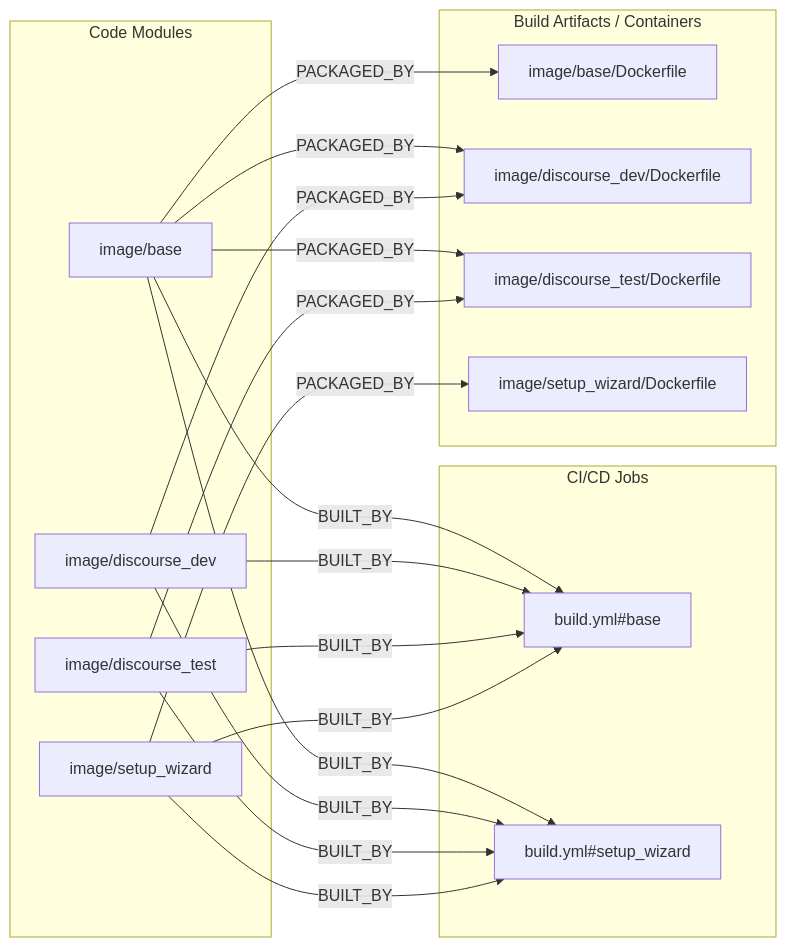
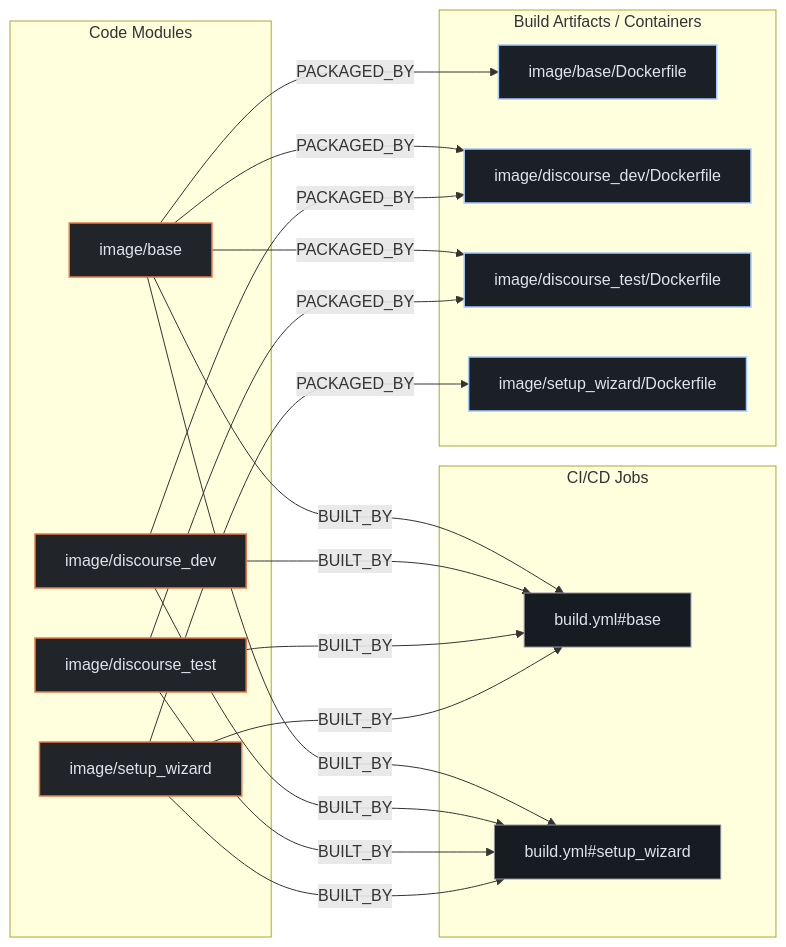
One commit to kumarshaz/atruss-code-atlas changed the second of 3 diagrams in exports/latest/reports/discourse-discourse_docker-report.md. Above: the diagram before and after it, drawn with Mermaid. The commit also changed other lines of this file and 331 other files, not shown here.

Commit message:
docs,ui,fix: update SDLC docs, reorder CI/CD DAG first, stylize Mermaid, and fix Arc42 pipeline topology

````diff
--- a/exports/latest/reports/discourse-discourse_docker-report.md
+++ b/exports/latest/reports/discourse-discourse_docker-report.md
@@ -110,33 +117,37 @@
 ```mermaid
 flowchart LR
+    classDef atlasCategory fill:#212428,stroke:#E87A48,stroke-width:1.5px,color:#dfe3eb
+    classDef atlasWorkflow fill:#1b2026,stroke:#a3c9ff,stroke-width:1.5px,color:#dfe3eb
+    classDef atlasJob fill:#171c22,stroke:#8d9199,stroke-width:1px,color:#dfe3eb
+    classDef atlasTarget fill:#005227,stroke:#8bd99b,stroke-width:1.5px,color:#a7f6b6
     subgraph code_modules["Code Modules"]
-        mod_image_base["image/base"]
-        mod_image_discourse_dev["image/discourse_dev"]
-        mod_image_discourse_test["image/discourse_test"]
-        mod_image_setup_wizard["image/setup_wizard"]
+        mod_image_base["image/base"]:::atlasCategory
+        mod_image_discourse_dev["image/discourse_dev"]:::atlasCategory
+        mod_image_discourse_test["image/discourse_test"]:::atlasCategory
+        mod_image_setup_wizard["image/setup_wizard"]:::atlasCategory
     end
     subgraph build_artifacts["Build Artifacts / Containers"]
-        art_image_base_Dockerfile["image/base/Dockerfile"]
-        art_image_discourse_dev_Dockerfile["image/discourse_dev/Dockerfile"]
-        art_image_discourse_test_Dockerfile["image/discourse_test/Dockerfile"]
-        art_image_setup_wizard_Dockerfile["image/setup_wizard/Dockerfile"]
+        art_image_base_Dockerfile["image/base/Dockerfile"]:::atlasWorkflow
+        art_image_discourse_dev_Dockerfile["image/discourse_dev/Dockerfile"]:::atlasWorkflow
+        art_image_discourse_test_Dockerfile["image/discourse_test/Dockerfile"]:::atlasWorkflow
+        art_image_setup_wizard_Dockerfile["image/setup_wizard/Dockerfile"]:::atlasWorkflow
     end
     subgraph ci_jobs["CI/CD Jobs"]
-        job_build_yml_base["build.yml#base"]
-        job_build_yml_setup_wizard["build.yml#setup_wizard"]
+        job_build_yml_base["build.yml#base"]:::atlasJob
+        job_build_yml_setup_wizard["build.yml#setup_wizard"]:::atlasJob
     end
     mod_image_base -->|BUILT_BY| job_build_yml_base
     mod_image_base -->|BUILT_BY| job_build_yml_setup_wizard
     mod_image_base -->|PACKAGED_BY| art_image_base_Dockerfile
     mod_image_base -->|PACKAGED_BY| art_image_discourse_dev_Dockerfile
     mod_image_base -->|PACKAGED_BY| art_image_discourse_test_Dockerfile
     mod_image_discourse_dev -->|BUILT_BY| job_build_yml_base
     mod_image_discourse_dev -->|BUILT_BY| job_build_yml_setup_wizard
     mod_image_discourse_dev -->|PACKAGED_BY| art_image_discourse_dev_Dockerfile
     mod_image_discourse_test -->|BUILT_BY| job_build_yml_base
     mod_image_discourse_test -->|BUILT_BY| job_build_yml_setup_wizard
     mod_image_discourse_test -->|PACKAGED_BY| art_image_discourse_test_Dockerfile
     mod_image_setup_wizard -->|BUILT_BY| job_build_yml_base
     mod_image_setup_wizard -->|BUILT_BY| job_build_yml_setup_wizard
     mod_image_setup_wizard -->|PACKAGED_BY| art_image_setup_wizard_Dockerfile
 ```
````
